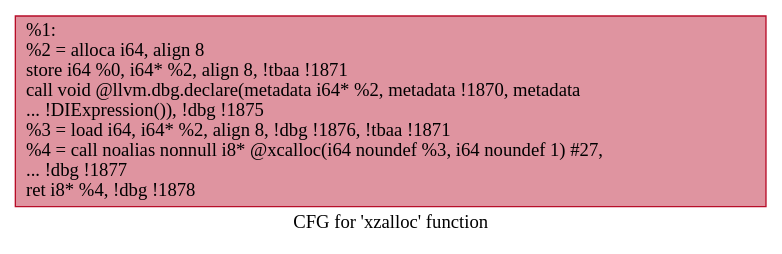
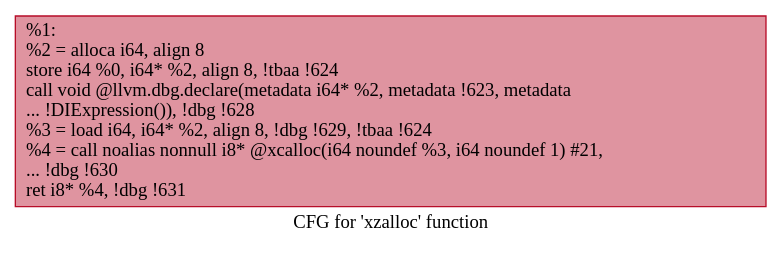
One commit to hmc-alpaqa/metrinome changed the diagram in src/experiments/coreutils/.xzalloc.dot. Above: the diagram before and after it, drawn with Graphviz. The commit also changed 490 other files, not shown here.

Commit message:
success graph simplifying on true.bc

```diff
--- a/src/experiments/coreutils/.xzalloc.dot
+++ b/src/experiments/coreutils/.xzalloc.dot
@@ -1,5 +1,5 @@
 digraph "CFG for 'xzalloc' function" {
 	label="CFG for 'xzalloc' function";
 
-	Node0xdc5b40 [shape=record,color="#b70d28ff", style=filled, fillcolor="#b70d2870",label="{%1:\l  %2 = alloca i64, align 8\l  store i64 %0, i64* %2, align 8, !tbaa !1871\l  call void @llvm.dbg.declare(metadata i64* %2, metadata !1870, metadata\l... !DIExpression()), !dbg !1875\l  %3 = load i64, i64* %2, align 8, !dbg !1876, !tbaa !1871\l  %4 = call noalias nonnull i8* @xcalloc(i64 noundef %3, i64 noundef 1) #27,\l... !dbg !1877\l  ret i8* %4, !dbg !1878\l}"];
+	Node0x1d6e520 [shape=record,color="#b70d28ff", style=filled, fillcolor="#b70d2870",label="{%1:\l  %2 = alloca i64, align 8\l  store i64 %0, i64* %2, align 8, !tbaa !624\l  call void @llvm.dbg.declare(metadata i64* %2, metadata !623, metadata\l... !DIExpression()), !dbg !628\l  %3 = load i64, i64* %2, align 8, !dbg !629, !tbaa !624\l  %4 = call noalias nonnull i8* @xcalloc(i64 noundef %3, i64 noundef 1) #21,\l... !dbg !630\l  ret i8* %4, !dbg !631\l}"];
 }
```
